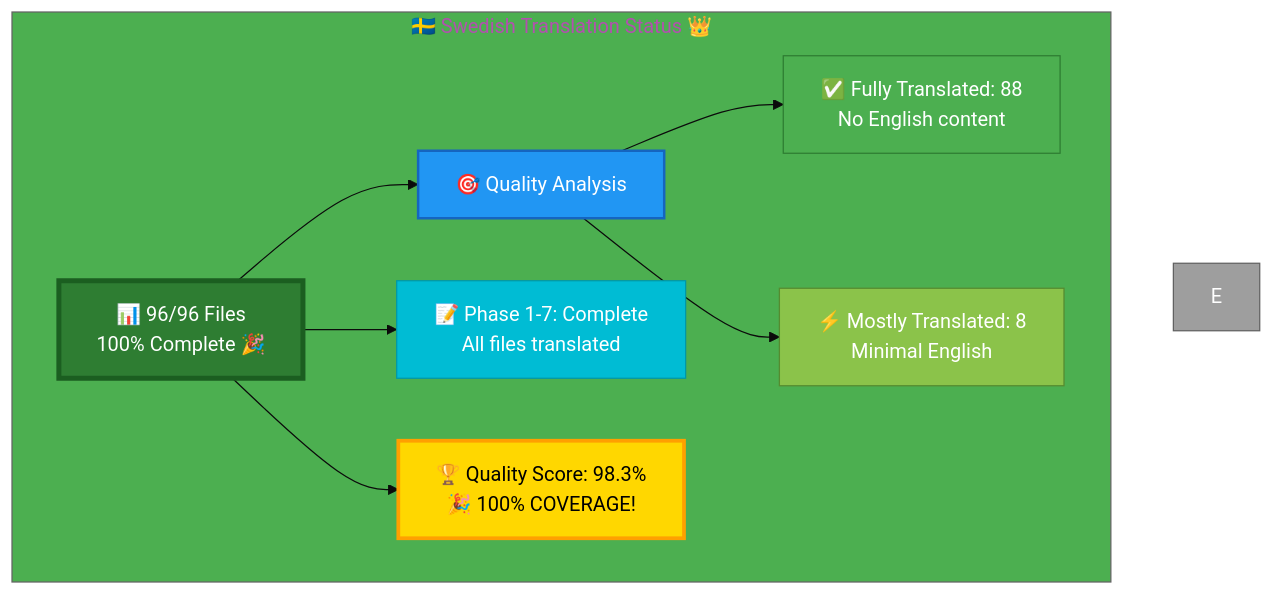
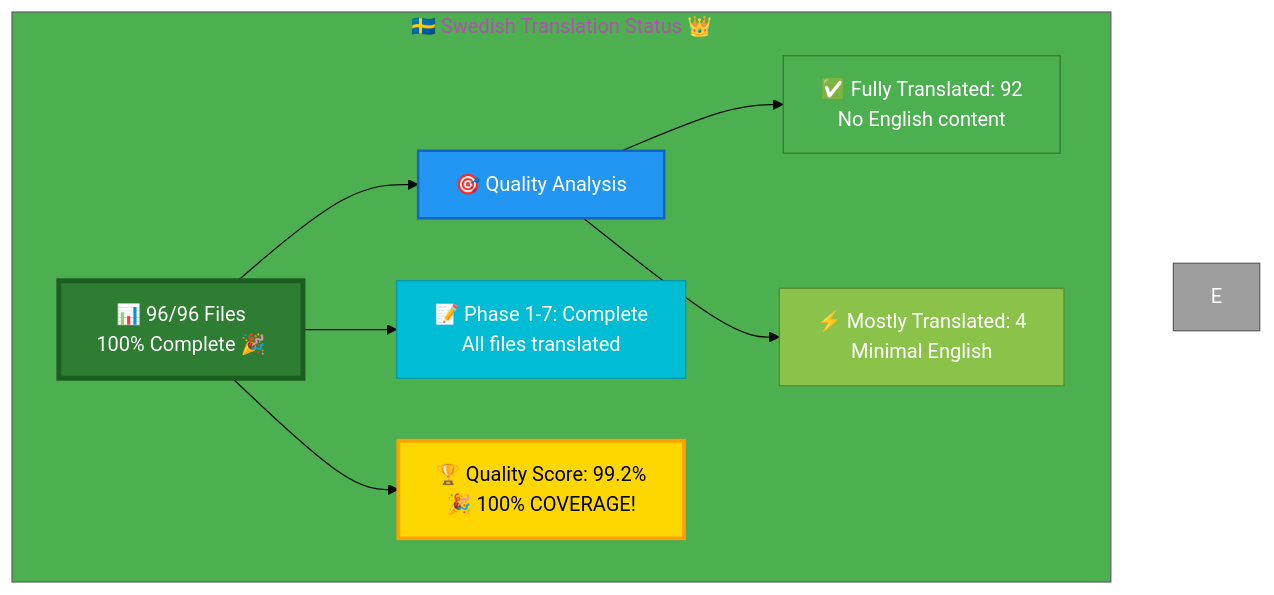
One commit to Hack23/homepage changed the diagram in Swedish-Translation-Status.md. Above: the diagram before and after it, drawn with Mermaid. The commit also changed other lines of this file, not shown here.

Commit message:
Fix quality score calculations and remove duplicate entries in Swedish-Translation-Status.md

````diff
--- a/Swedish-Translation-Status.md
+++ b/Swedish-Translation-Status.md
@@ -13,23 +13,23 @@
 ```mermaid
 %%{init: {'theme':'base', 'themeVariables': {'primaryColor':'#2E7D32','secondaryColor':'#2196F3','tertiaryColor':'#4CAF50','fontSize':'16px'}}}%%
 graph TB
     subgraph "🇸🇪 Swedish Translation Status 👑"
         A["📊 96/96 Files<br/>100% Complete 🎉"]
         
         A --> B["🎯 Quality Analysis"]
-        B --> C["✅ Fully Translated: 88<br/>No English content"]
-        B --> D["⚡ Mostly Translated: 8<br/>Minimal English"]
+        B --> C["✅ Fully Translated: 92<br/>No English content"]
+        B --> D["⚡ Mostly Translated: 4<br/>Minimal English"]
         
         A --> G["📝 Phase 1-7: Complete<br/>All files translated"]
         
-        A --> H["🏆 Quality Score: 98.3%<br/>🎉 100% COVERAGE!"]
+        A --> H["🏆 Quality Score: 99.2%<br/>🎉 100% COVERAGE!"]
         
         style A fill:#2E7D32,stroke:#1B5E20,color:#fff,stroke-width:4px
         style B fill:#2196F3,stroke:#1565C0,color:#fff,stroke-width:2px
         style C fill:#4CAF50,stroke:#2E7D32,color:#fff
         style D fill:#8BC34A,stroke:#558B2F,color:#fff
         style E fill:#9E9E9E,stroke:#616161,color:#fff
         style G fill:#00BCD4,stroke:#0097A7,color:#fff
         style H fill:#FFD700,stroke:#FFA000,color:#000,stroke-width:3px
     end
 ```
````
